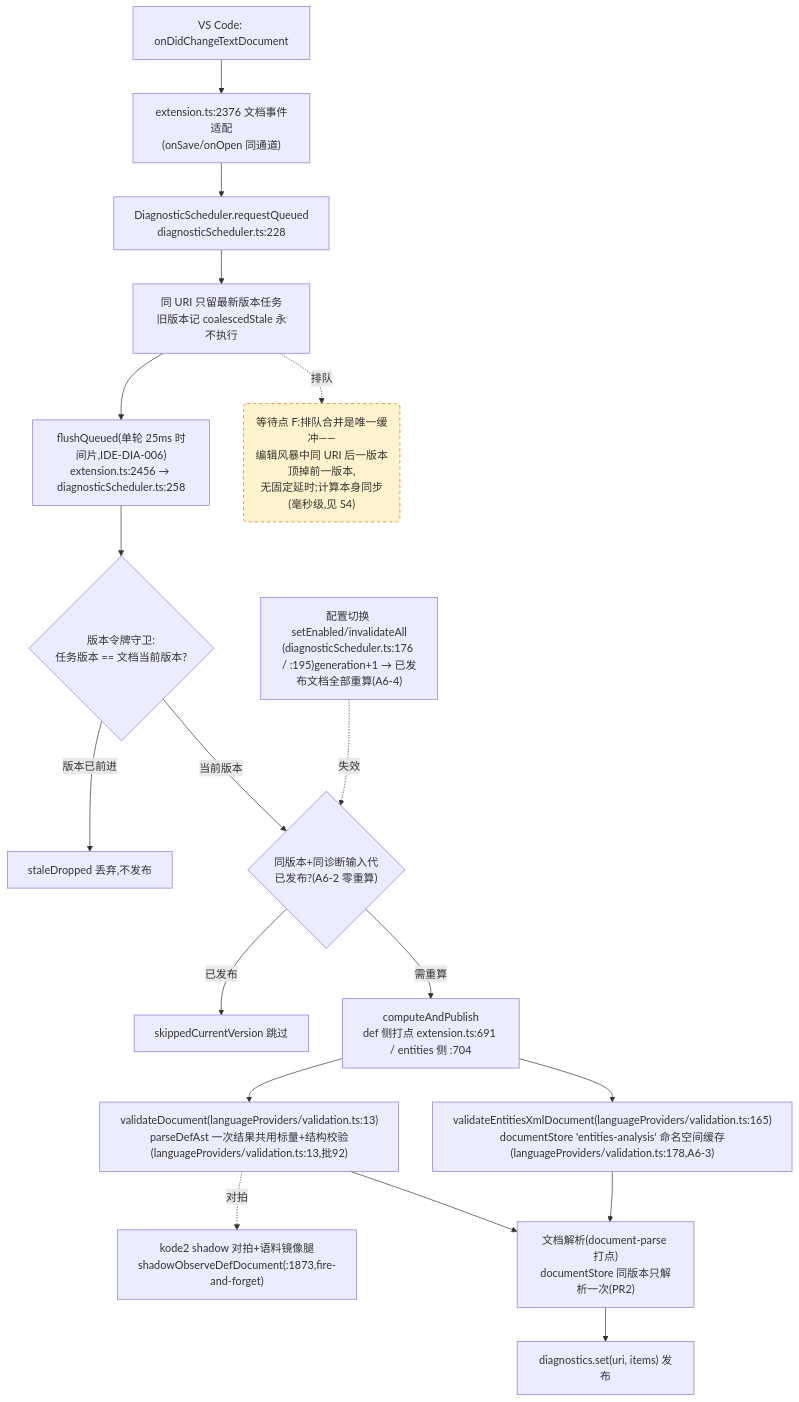
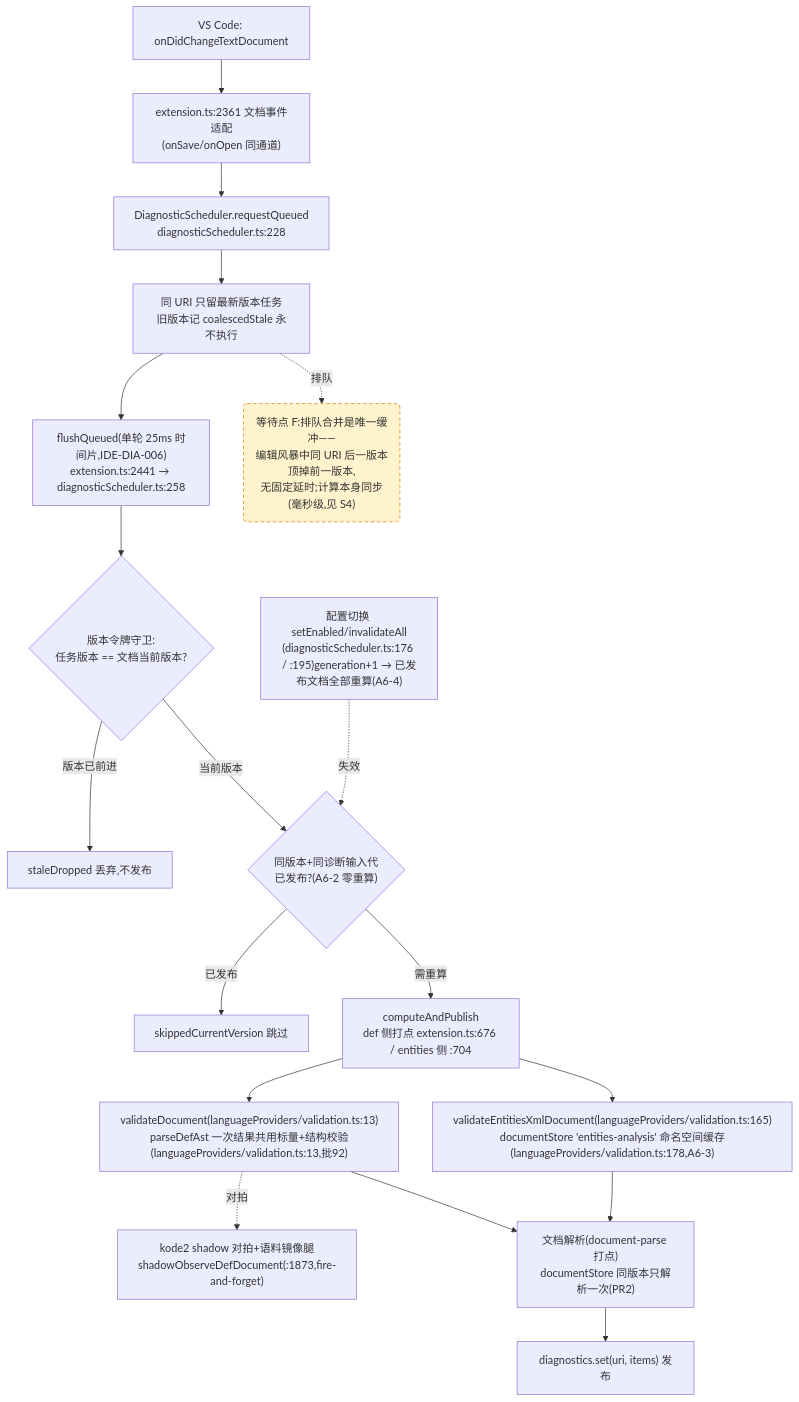
One commit to cuihairu/kode changed the fourth of 4 diagrams in docs/perf/2026-baseline.md. Above: the diagram before and after it, drawn with Mermaid. The commit also changed other lines of this file and 3 other files, not shown here.

````diff
--- a/docs/perf/2026-baseline.md
+++ b/docs/perf/2026-baseline.md
@@ -214,38 +214,38 @@
 ```mermaid
 flowchart TD
   CHG["VS Code: onDidChangeTextDocument"]
-  WATCH["extension.ts:2376 文档事件适配<br/>(onSave/onOpen 同通道)"]
+  WATCH["extension.ts:2361 文档事件适配<br/>(onSave/onOpen 同通道)"]
   RQ["DiagnosticScheduler.requestQueued<br/>diagnosticScheduler.ts:228"]
   CO["同 URI 只留最新版本任务<br/>旧版本记 coalescedStale 永不执行"]
-  FL["flushQueued(单轮 25ms 时间片,IDE-DIA-006)<br/>extension.ts:2456 → diagnosticScheduler.ts:258"]
+  FL["flushQueued(单轮 25ms 时间片,IDE-DIA-006)<br/>extension.ts:2441 → diagnosticScheduler.ts:258"]
   VG{"版本令牌守卫:<br/>任务版本 == 文档当前版本?"}
   DROP["staleDropped 丢弃,不发布"]
   GEN{"同版本+同诊断输入代<br/>已发布?(A6-2 零重算)"}
   SKIP["skippedCurrentVersion 跳过"]
-  CALC["computeAndPublish<br/>def 侧打点 extension.ts:691 / entities 侧 :704"]
+  CALC["computeAndPublish<br/>def 侧打点 extension.ts:676 / entities 侧 :704"]
   VD["validateDocument(languageProviders/validation.ts:13)<br/>parseDefAst 一次结果共用标量+结构校验(languageProviders/validation.ts:13,批92)"]
   VEX["validateEntitiesXmlDocument(languageProviders/validation.ts:165)<br/>documentStore 'entities-analysis' 命名空间缓存(languageProviders/validation.ts:178,A6-3)"]
   SHDD["kode2 shadow 对拍+语料镜像腿<br/>shadowObserveDefDocument(:1873,fire-and-forget)"]
   DS["文档解析(document-parse 打点)<br/>documentStore 同版本只解析一次(PR2)"]
   PUB["diagnostics.set(uri, items) 发布"]
   CFG2["配置切换 setEnabled/invalidateAll<br/>(diagnosticScheduler.ts:176 / :195)generation+1 → 已发布文档全部重算(A6-4)"]
 
   CHG --> WATCH --> RQ --> CO --> FL --> VG
   VG -- "版本已前进" --> DROP
   VG -- "当前版本" --> GEN
   GEN -- "已发布" --> SKIP
   GEN -- "需重算" --> CALC
   CALC --> VD
   CALC --> VEX
   VD --> DS
   VEX --> DS
   DS --> PUB
   VD -.->|对拍| SHDD
   CFG2 -.->|失效| GEN
 
   WAITF("等待点 F:排队合并是唯一缓冲——<br/>编辑风暴中同 URI 后一版本顶掉前一版本,<br/>无固定延时;计算本身同步(毫秒级,见 S4)")
   CO -.->|排队| WAITF
 
   classDef waitPoint fill:#fff3cd,stroke:#d97706,stroke-dasharray:5 4;
   class WAITF waitPoint;
 ```
````
